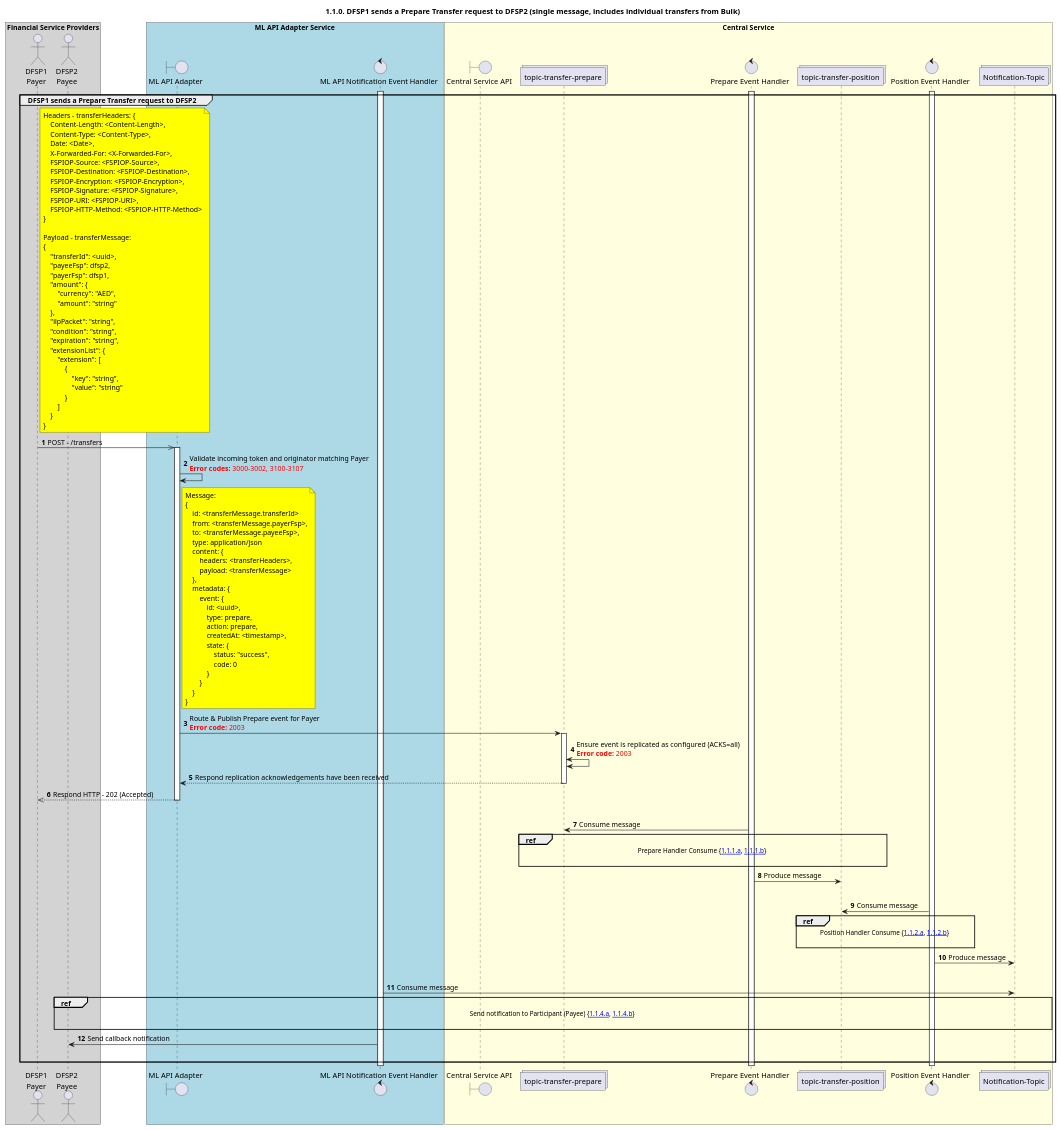
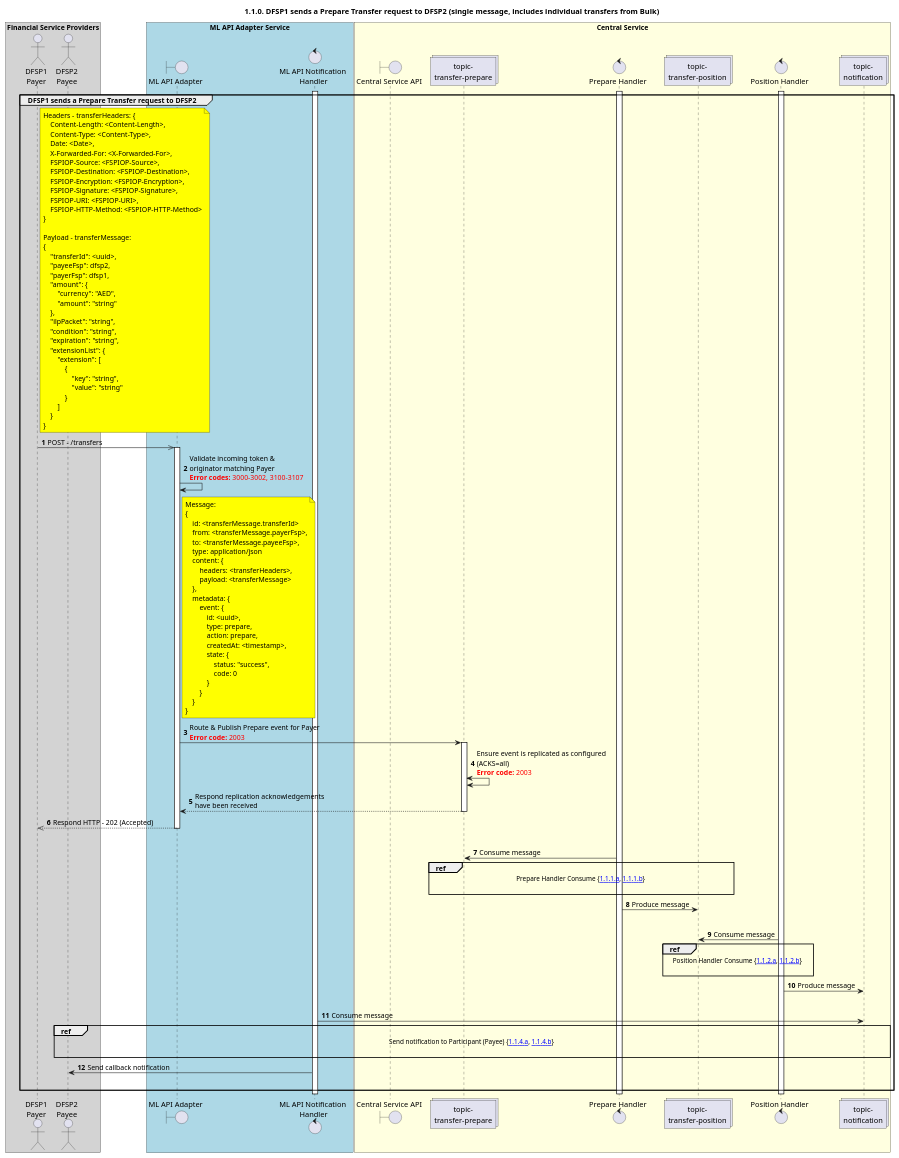
Before and after one commit to mojaloop/documentation: the diagram in mojaloop-technical-overview/central-bulk-transfers/assets/diagrams/sequence/seq-prepare-1.1.0.plantuml, drawn with PlantUML. The commit also changed 1 other file, not shown here.

Commit message:
Updates to the prepare handlers for bulk

```diff
--- a/mojaloop-technical-overview/central-bulk-transfers/assets/diagrams/sequence/seq-prepare-1.1.0.plantuml
+++ b/mojaloop-technical-overview/central-bulk-transfers/assets/diagrams/sequence/seq-prepare-1.1.0.plantuml
@@ -26,138 +26,138 @@
 @startuml
 ' declate title
 title 1.1.0. DFSP1 sends a Prepare Transfer request to DFSP2 (single message, includes individual transfers from Bulk)
 
 autonumber
 
 ' Actor Keys:
 '   boundary - APIs/Interfaces, etc
 '   collections - Kafka Topics
 '   control - Kafka Consumers
 '   entity - Database Access Objects
 '   database - Database Persistance Store
 
 ' declare actors
 actor "DFSP1\nPayer" as DFSP1
 actor "DFSP2\nPayee" as DFSP2
 boundary "ML API Adapter" as MLAPI
-control "ML API Notification Event Handler" as NOTIFY_HANDLER
+control "ML API Notification \nHandler" as NOTIFY_HANDLER
 boundary "Central Service API" as CSAPI
-collections "topic-transfer-prepare" as TOPIC_TRANSFER_PREPARE
-control "Prepare Event Handler" as PREP_HANDLER
-collections "topic-transfer-position" as TOPIC_TRANSFER_POSITION
-control "Position Event Handler" as POS_HANDLER
-collections "Notification-Topic" as TOPIC_NOTIFICATIONS
+collections "topic-\ntransfer-prepare" as TOPIC_TRANSFER_PREPARE
+control "Prepare Handler" as PREP_HANDLER
+collections "topic-\ntransfer-position" as TOPIC_TRANSFER_POSITION
+control "Position Handler" as POS_HANDLER
+collections "topic-\nnotification" as TOPIC_NOTIFICATIONS
 
 box "Financial Service Providers" #lightGray
 	participant DFSP1
 	participant DFSP2
 end box
 
 box "ML API Adapter Service" #LightBlue
 	participant MLAPI
 	participant NOTIFY_HANDLER
 end box
 
 box "Central Service" #LightYellow
     participant CSAPI
 	participant TOPIC_TRANSFER_PREPARE
     participant PREP_HANDLER
     participant TOPIC_TRANSFER_POSITION
     participant POS_HANDLER
     participant TOPIC_NOTIFICATIONS
 end box
 
 ' start flow
 activate NOTIFY_HANDLER
 activate PREP_HANDLER
 activate POS_HANDLER
 group DFSP1 sends a Prepare Transfer request to DFSP2
     note right of DFSP1 #yellow
         Headers - transferHeaders: {
             Content-Length: <Content-Length>,
             Content-Type: <Content-Type>,
             Date: <Date>,
             X-Forwarded-For: <X-Forwarded-For>,
             FSPIOP-Source: <FSPIOP-Source>,
             FSPIOP-Destination: <FSPIOP-Destination>,
             FSPIOP-Encryption: <FSPIOP-Encryption>,
             FSPIOP-Signature: <FSPIOP-Signature>,
             FSPIOP-URI: <FSPIOP-URI>,
             FSPIOP-HTTP-Method: <FSPIOP-HTTP-Method>
         }
 
         Payload - transferMessage:
         {
             "transferId": <uuid>,
             "payeeFsp": dfsp2,
             "payerFsp": dfsp1,
             "amount": {
                 "currency": "AED",
                 "amount": "string"
             },
             "ilpPacket": "string",
             "condition": "string",
             "expiration": "string",
             "extensionList": {
                 "extension": [
                     {
                         "key": "string",
                         "value": "string"
                     }
                 ]
             }
         }
     end note
     DFSP1 ->> MLAPI: POST - /transfers
     activate MLAPI
-    MLAPI -> MLAPI: Validate incoming token and originator matching Payer\n<color #FF0000><b>Error codes:</b> 3000-3002, 3100-3107</color>
+    MLAPI -> MLAPI: Validate incoming token & \noriginator matching Payer\n<color #FF0000><b>Error codes:</b> 3000-3002, 3100-3107</color>
     note right of MLAPI #yellow
         Message:
         {
             id: <transferMessage.transferId>
             from: <transferMessage.payerFsp>,
             to: <transferMessage.payeeFsp>,
             type: application/json
             content: {
                 headers: <transferHeaders>,
                 payload: <transferMessage>
             },
             metadata: {
                 event: {
                     id: <uuid>,
                     type: prepare,
                     action: prepare,
                     createdAt: <timestamp>,
                     state: {
                         status: "success",
                         code: 0
                     }
                 }
             }
         }
     end note
     MLAPI -> TOPIC_TRANSFER_PREPARE: Route & Publish Prepare event for Payer\n<color #FF0000><b>Error code:</b> 2003</color>
     activate TOPIC_TRANSFER_PREPARE
-    TOPIC_TRANSFER_PREPARE <-> TOPIC_TRANSFER_PREPARE: Ensure event is replicated as configured (ACKS=all)\n<color #FF0000><b>Error code:</b> 2003</color>
-    TOPIC_TRANSFER_PREPARE --> MLAPI: Respond replication acknowledgements have been received
+    TOPIC_TRANSFER_PREPARE <-> TOPIC_TRANSFER_PREPARE: Ensure event is replicated as configured \n(ACKS=all)\n<color #FF0000><b>Error code:</b> 2003</color>
+    TOPIC_TRANSFER_PREPARE --> MLAPI: Respond replication acknowledgements \nhave been received
     deactivate TOPIC_TRANSFER_PREPARE
     MLAPI -->> DFSP1: Respond HTTP - 202 (Accepted)
     deactivate MLAPI
     |||
     TOPIC_TRANSFER_PREPARE <- PREP_HANDLER: Consume message
     ref over TOPIC_TRANSFER_PREPARE, PREP_HANDLER, TOPIC_TRANSFER_POSITION :  Prepare Handler Consume {[[https://github.com/mojaloop/docs/blob/master/Diagrams/SequenceDiagrams/seq-prepare-1.1.1.a.svg 1.1.1.a]], [[https://github.com/mojaloop/docs/blob/master/Diagrams/SequenceDiagrams/seq-prepare-1.1.1.b.svg 1.1.1.b]]} \n
     PREP_HANDLER -> TOPIC_TRANSFER_POSITION: Produce message
     |||
     TOPIC_TRANSFER_POSITION <- POS_HANDLER: Consume message
     ref over TOPIC_TRANSFER_POSITION, POS_HANDLER : Position Handler Consume {[[https://github.com/mojaloop/docs/blob/master/Diagrams/SequenceDiagrams/seq-prepare-1.1.2.a.svg 1.1.2.a]], [[https://github.com/mojaloop/docs/blob/master/Diagrams/SequenceDiagrams/seq-prepare-1.1.2.b.svg 1.1.2.b]]} \n
     POS_HANDLER -> TOPIC_NOTIFICATIONS: Produce message
     |||
     TOPIC_NOTIFICATIONS <- NOTIFY_HANDLER: Consume message
     ref over DFSP2, TOPIC_NOTIFICATIONS : Send notification to Participant (Payee) {[[https://github.com/mojaloop/docs/blob/master/Diagrams/SequenceDiagrams/seq-prepare-1.1.4.a.svg 1.1.4.a]], [[https://github.com/mojaloop/docs/blob/master/Diagrams/SequenceDiagrams/seq-prepare-1.1.4.b.svg 1.1.4.b]]} \n
     NOTIFY_HANDLER -> DFSP2: Send callback notification
     |||
 end
 deactivate POS_HANDLER
 deactivate PREP_HANDLER
 deactivate NOTIFY_HANDLER
 @enduml
```
